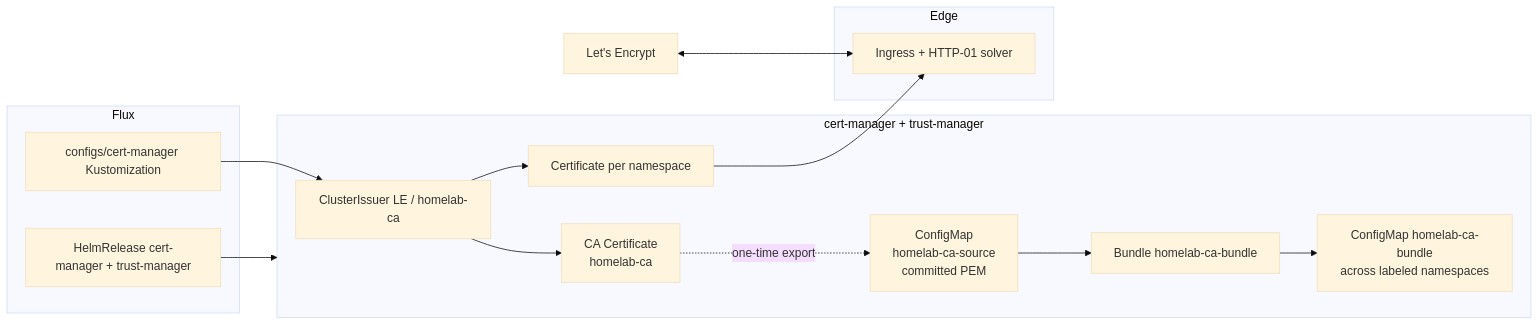
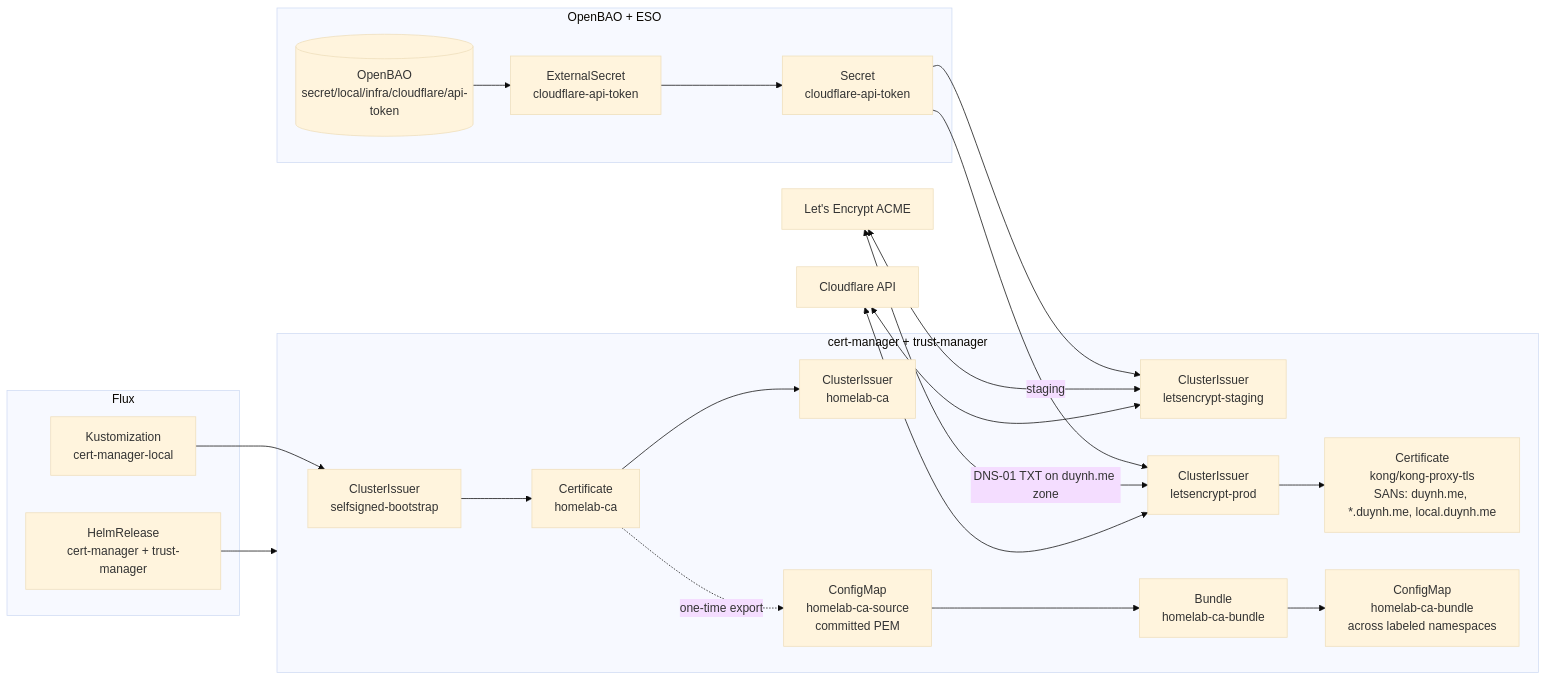
One commit to duynhlab/homelab changed the diagram in docs/platform/cert-manager-flux.md. Above: the diagram before and after it, drawn with Mermaid (base theme). The commit also changed other lines of this file and 7 other files, not shown here.

First line of the commit message:
Refresh docs for duynh.me, DNS-01 TLS, and trust-manager

````diff
--- a/docs/platform/cert-manager-flux.md
+++ b/docs/platform/cert-manager-flux.md
@@ -25,27 +28,31 @@
 ```mermaid
 flowchart LR
-  subgraph flux [Flux]
-    HR[HelmRelease cert-manager + trust-manager]
-    K[configs/cert-manager Kustomization]
+  subgraph flux[Flux]
+    HR[HelmRelease<br/>cert-manager + trust-manager]
+    K[Kustomization<br/>cert-manager-local]
   end
-  subgraph cm [cert-manager + trust-manager]
-    CI[ClusterIssuer LE / homelab-ca]
-    C[Certificate per namespace]
-    CA[CA Certificate<br/>homelab-ca]
+  subgraph eso[OpenBAO + ESO]
+    Bao[(OpenBAO<br/>secret/local/infra/cloudflare/api-token)]
+    ES[ExternalSecret<br/>cloudflare-api-token]
+    Sec[Secret<br/>cloudflare-api-token]
+  end
+  subgraph cm[cert-manager + trust-manager]
+    SS[ClusterIssuer<br/>selfsigned-bootstrap]
+    CA[Certificate<br/>homelab-ca]
+    HCA[ClusterIssuer<br/>homelab-ca]
+    LES[ClusterIssuer<br/>letsencrypt-staging]
+    LEP[ClusterIssuer<br/>letsencrypt-prod]
+    KCert[Certificate<br/>kong/kong-proxy-tls<br/>SANs: duynh.me, *.duynh.me, local.duynh.me]
     CACOPY[ConfigMap<br/>homelab-ca-source<br/>committed PEM]
-    TM[Bundle homelab-ca-bundle]
-    OUT[ConfigMap homelab-ca-bundle<br/>across labeled namespaces]
-  end
-  subgraph edge [Edge]
-    IG[Ingress + HTTP-01 solver]
+    Bundle[Bundle<br/>homelab-ca-bundle]
+    OUT[ConfigMap<br/>homelab-ca-bundle<br/>across labeled namespaces]
   end
   HR --> cm
-  K --> CI
-  CI --> C
-  CI --> CA
-  CA -. one-time export .-> CACOPY
-  CACOPY --> TM
-  TM --> OUT
-  C --> IG
-  LE[Let's Encrypt] <--> IG
+  K --> SS --> CA --> HCA
+  Bao --> ES --> Sec --> LES & LEP
+  LEP --> KCert
+  CA -. one-time export .-> CACOPY --> Bundle --> OUT
+  LE[Let's Encrypt ACME] <-->|DNS-01 TXT on duynh.me zone| LEP
+  LE <-->|staging| LES
+  CF[Cloudflare API] <--> LEP & LES
 ```
````
